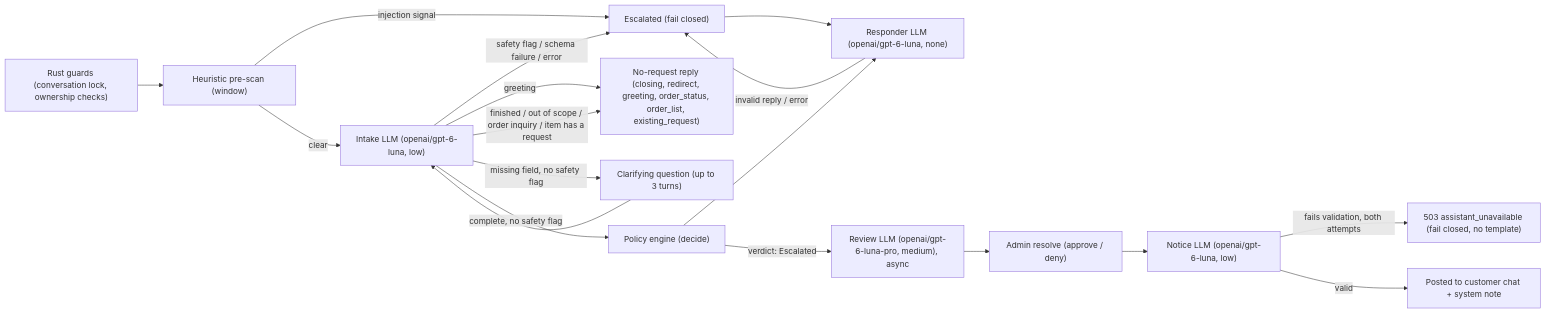
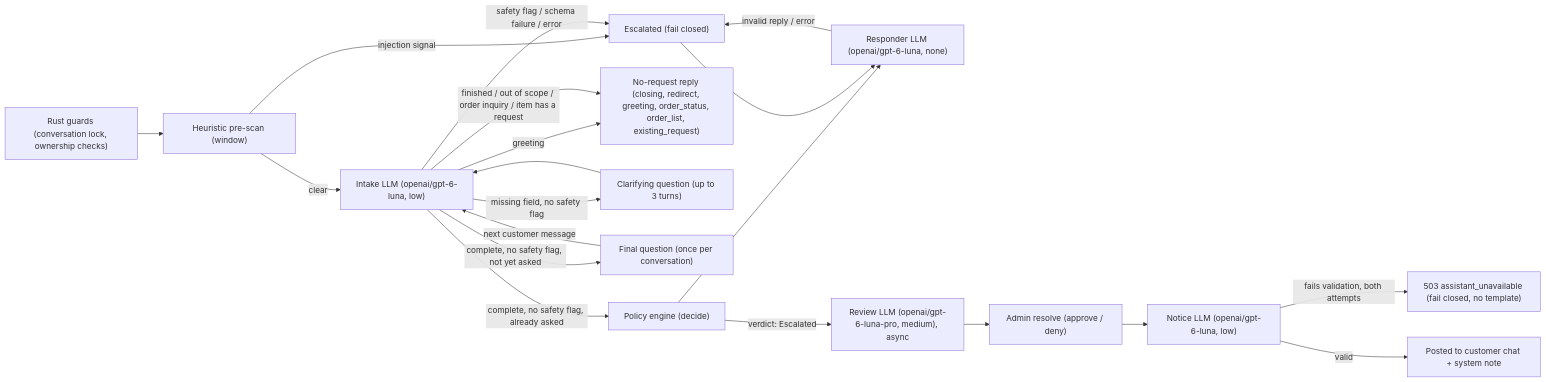
Before and after one commit to allwelldotdev/wn-refund-ai: the first of 2 diagrams in README.md, drawn with Mermaid. The commit also changed other lines of this file and 2 other files, not shown here.

First line of the commit message:
docs: add 0.9.0, ADR-050 and README for the final question

````diff
--- a/README.md
+++ b/README.md
@@ -86,20 +92,22 @@
 ```mermaid
 flowchart LR
     guards["Rust guards (conversation lock, ownership checks)"] --> prescan["Heuristic pre-scan (window)"]
     prescan -- "injection signal" --> escalated["Escalated (fail closed)"]
     prescan -- "clear" --> intake["Intake LLM (openai/gpt-6-luna, low)"]
     intake -- "safety flag / schema failure / error" --> escalated
     intake -- "greeting" --> noreq["No-request reply (closing, redirect, greeting, order_status, order_list, existing_request)"]
     intake -- "finished / out of scope / order inquiry / item has a request" --> noreq
     intake -- "missing field, no safety flag" --> clarify["Clarifying question (up to 3 turns)"]
     clarify --> intake
-    intake -- "complete, no safety flag" --> policy["Policy engine (decide)"]
+    intake -- "complete, no safety flag, not yet asked" --> finalcheck["Final question (once per conversation)"]
+    finalcheck -- "next customer message" --> intake
+    intake -- "complete, no safety flag, already asked" --> policy["Policy engine (decide)"]
     policy --> responder["Responder LLM (openai/gpt-6-luna, none)"]
     responder -- "invalid reply / error" --> escalated
     escalated --> responder
     policy -- "verdict: Escalated" --> review["Review LLM (openai/gpt-6-luna-pro, medium), async"]
     review --> adminresolve["Admin resolve (approve / deny)"]
     adminresolve --> notice["Notice LLM (openai/gpt-6-luna, low)"]
     notice -- "fails validation, both attempts" --> unavailable["503 assistant_unavailable (fail closed, no template)"]
     notice -- "valid" --> customer["Posted to customer chat + system note"]
 ```
````
